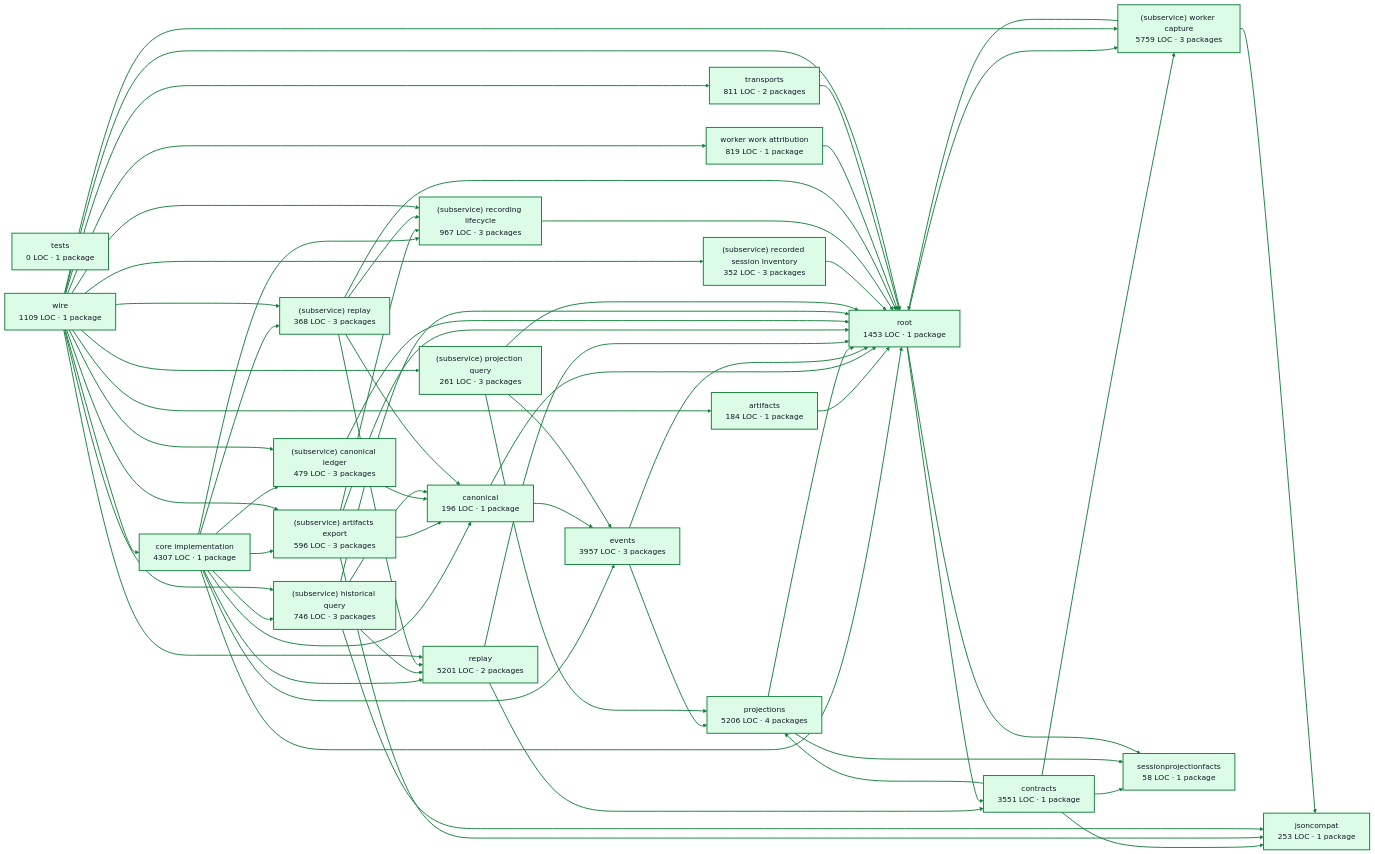
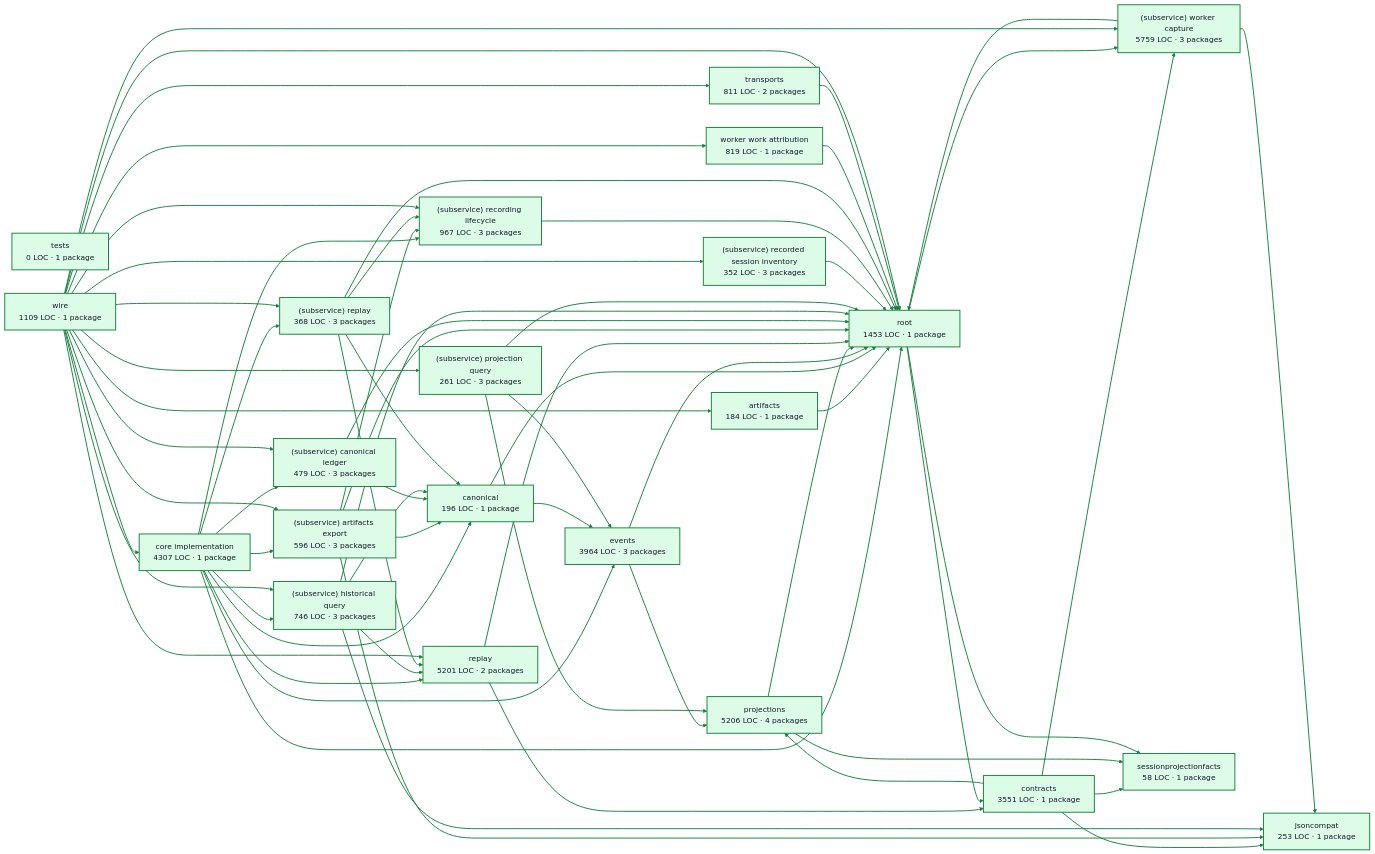
The diagram in docs/architecture/visualizations/services/recordings.md (portpowered/you-agent-factory), drawn with Mermaid before and after one commit. The commit also changed other lines of this file and 21 other files, not shown here.

Commit message:
docs: refresh backend architecture visualizations (#3286)

```diff
--- a/docs/architecture/visualizations/services/recordings.md
+++ b/docs/architecture/visualizations/services/recordings.md
@@ -14,7 +14,7 @@
   p1["artifacts<br/>184 LOC · 1 package"]
   p2["canonical<br/>196 LOC · 1 package"]
   p3["contracts<br/>3551 LOC · 1 package"]
-  p4["events<br/>3957 LOC · 3 packages"]
+  p4["events<br/>3964 LOC · 3 packages"]
   p5["jsoncompat<br/>253 LOC · 1 package"]
   p6["projections<br/>5206 LOC · 4 packages"]
   p7["replay<br/>5201 LOC · 2 packages"]
```
